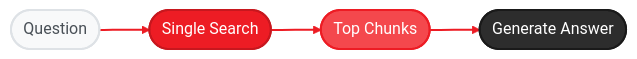
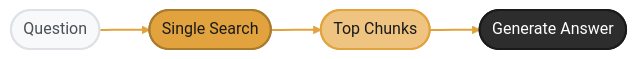
One commit to amd/gaia changed the fourth of 6 diagrams in docs/sdk/sdks/rag.mdx. Above: the diagram before and after it, drawn with Mermaid. The commit also changed other lines of this file and 37 other files, not shown here.

````diff
--- a/docs/sdk/sdks/rag.mdx
+++ b/docs/sdk/sdks/rag.mdx
@@ -385,14 +385,14 @@
 ```mermaid
-%%{init: {'theme':'base', 'themeVariables': { 'primaryColor':'#ED1C24', 'primaryTextColor':'#fff', 'primaryBorderColor':'#C8171E', 'lineColor':'#F4484D', 'secondaryColor':'#2d2d2d', 'tertiaryColor':'#f5f5f5', 'fontFamily': 'system-ui, -apple-system, sans-serif'}}}%%
+%%{init: {'theme':'base', 'themeVariables': { 'primaryColor':'#E2A33E', 'primaryTextColor':'#1a1a1a', 'primaryBorderColor':'#A87B2D', 'lineColor':'#EFC480', 'secondaryColor':'#2d2d2d', 'tertiaryColor':'#f5f5f5', 'fontFamily': 'system-ui, -apple-system, sans-serif'}}}%%
 flowchart LR
     A(["Question"]) --> B(["Single Search"])
     B --> C(["Top Chunks"])
     C --> D(["Generate Answer"])
 
     style A fill:#f8f9fa,stroke:#dee2e6,stroke-width:2px,color:#495057
-    style B fill:#ED1C24,stroke:#C8171E,stroke-width:2px,color:#fff
-    style C fill:#F4484D,stroke:#ED1C24,stroke-width:2px,color:#fff
+    style B fill:#E2A33E,stroke:#A87B2D,stroke-width:2px,color:#1a1a1a
+    style C fill:#EFC480,stroke:#E2A33E,stroke-width:2px,color:#1a1a1a
     style D fill:#2d2d2d,stroke:#1a1a1a,stroke-width:2px,color:#fff
 
-    linkStyle 0,1,2 stroke:#ED1C24,stroke-width:2px
+    linkStyle 0,1,2 stroke:#E2A33E,stroke-width:2px
 ```
````
